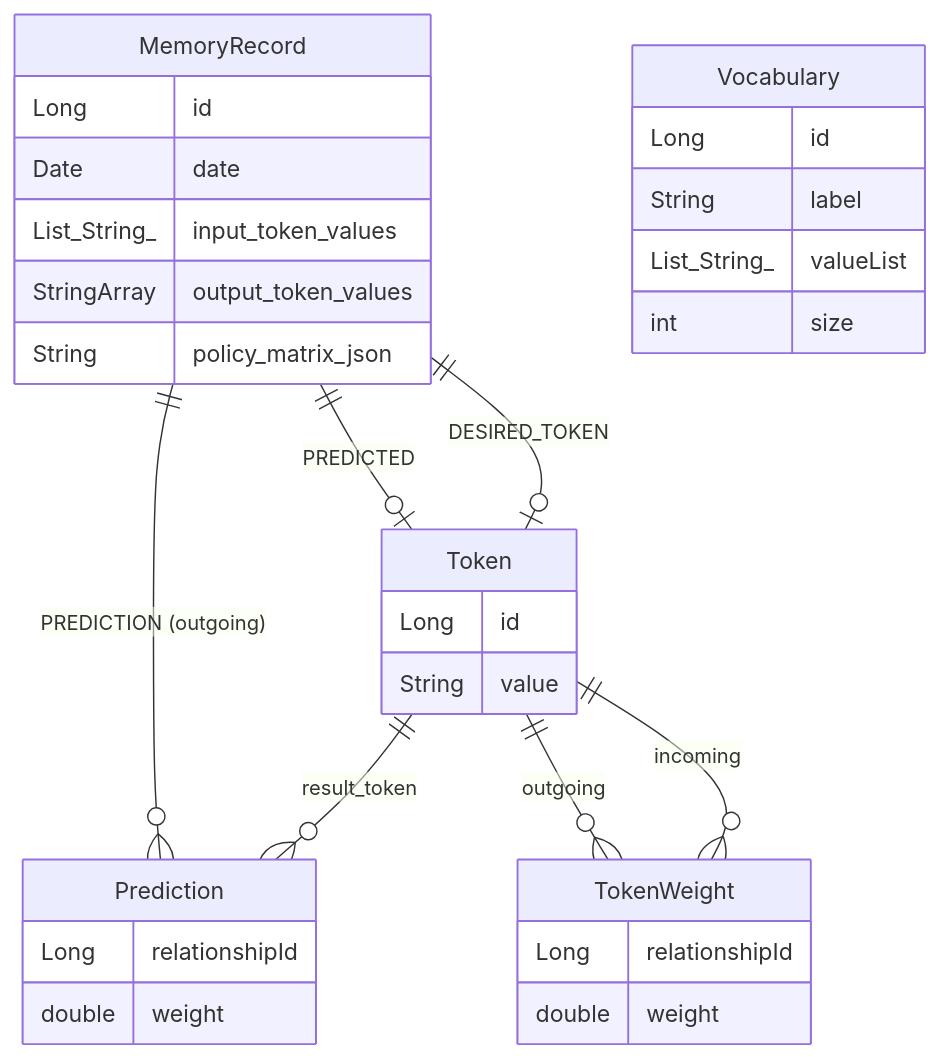
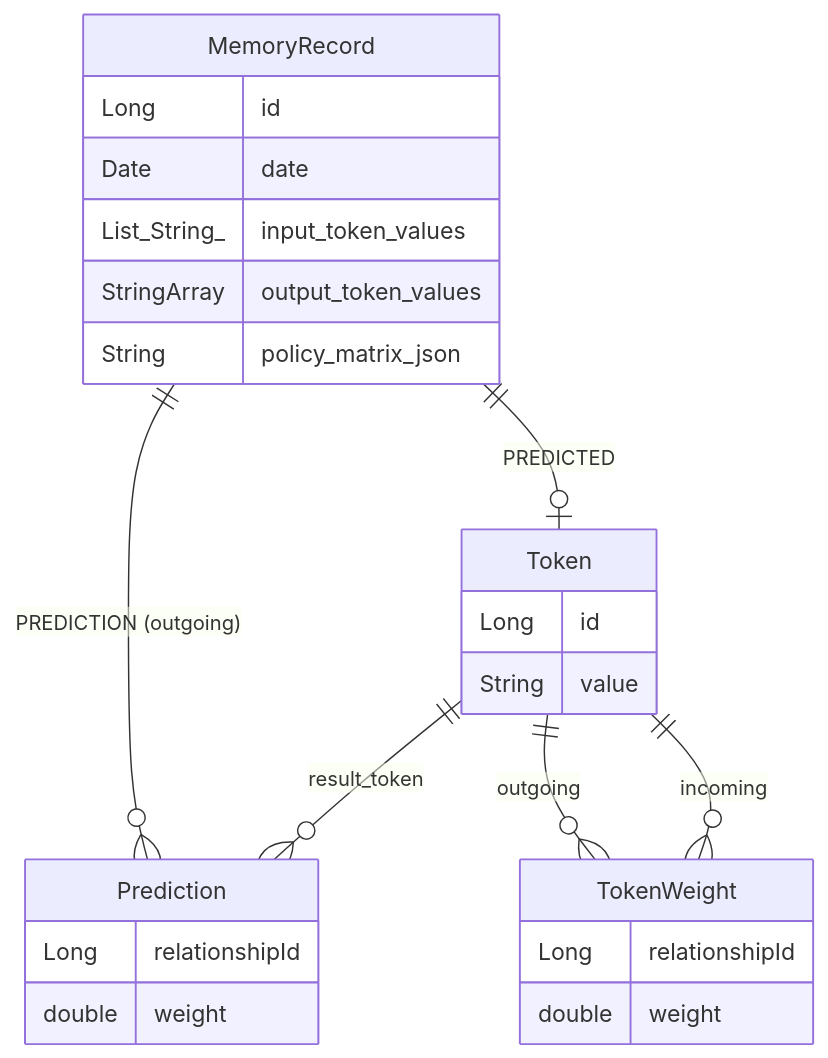
The second of 4 diagrams in docs/reinforcement-learning-endpoints.md (brandonkindred/Deepthought), drawn with Mermaid before and after one commit. The commit also changed other lines of this file, not shown here.

````diff
--- a/docs/reinforcement-learning-endpoints.md
+++ b/docs/reinforcement-learning-endpoints.md
@@ -82,34 +83,27 @@
 ```mermaid
 erDiagram
     Token ||--o{ TokenWeight : "outgoing"
     Token ||--o{ TokenWeight : "incoming"
     MemoryRecord ||--o{ Prediction : "PREDICTION (outgoing)"
     Token ||--o{ Prediction : "result_token"
     MemoryRecord ||--o| Token : "PREDICTED"
-    MemoryRecord ||--o| Token : "DESIRED_TOKEN"
-    Vocabulary {
-        Long id
-        String label
-        List_String_ valueList
-        int size
-    }
     Token {
         Long id
         String value
     }
     MemoryRecord {
         Long id
         Date date
         List_String_ input_token_values
         StringArray output_token_values
         String policy_matrix_json
     }
     TokenWeight {
         Long relationshipId
         double weight
     }
     Prediction {
         Long relationshipId
         double weight
     }
 ```
````
